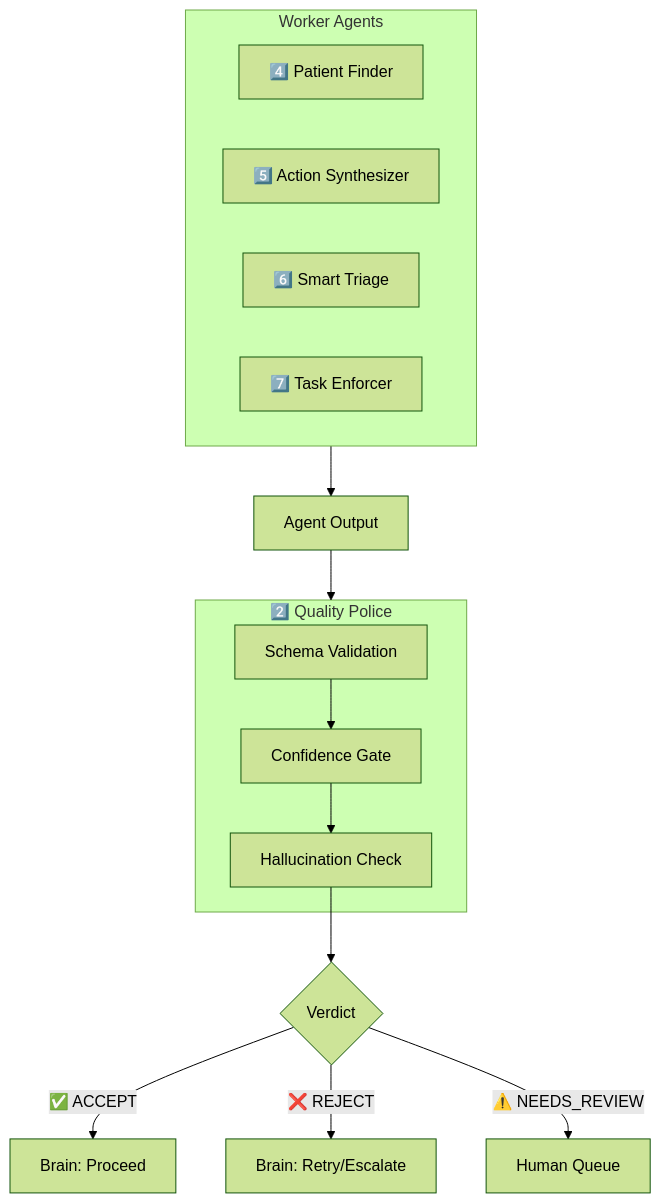
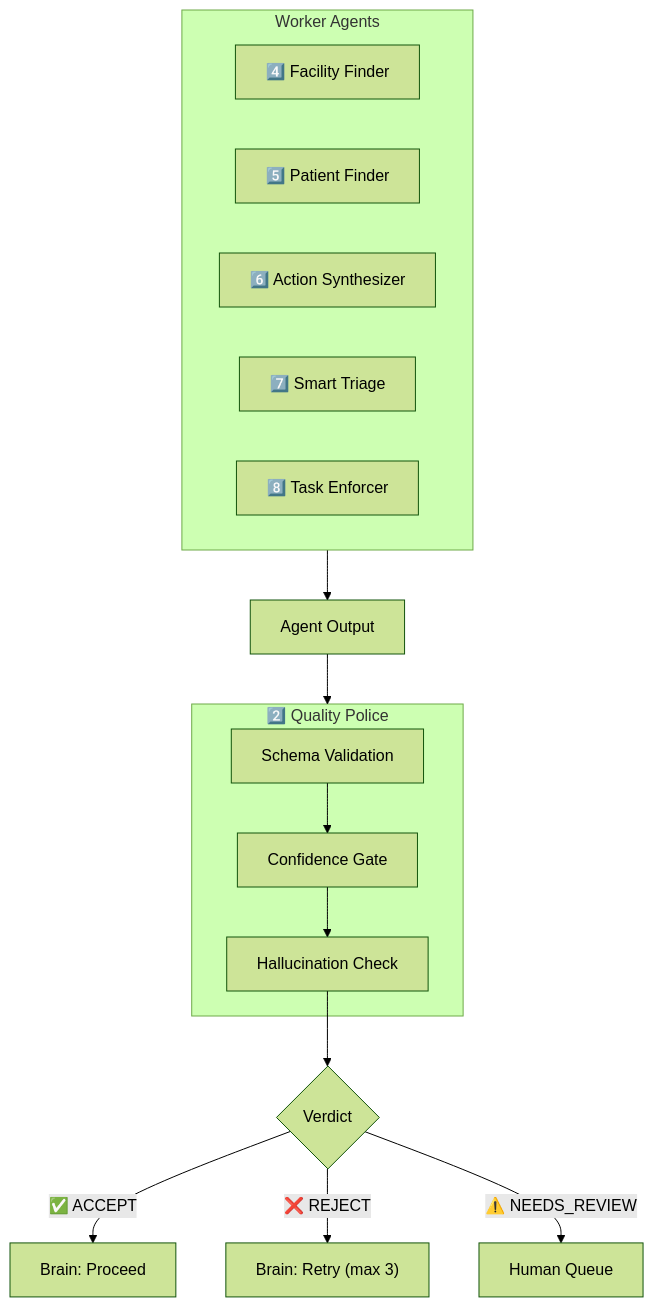
The fifth of 16 diagrams in all.md (mohabnazmy/test), drawn with Mermaid (forest theme) before and after one commit. The commit also changed other lines of this file, not shown here.

````diff
--- a/all.md
+++ b/all.md
@@ -267,25 +337,26 @@
 ```mermaid
 flowchart TB
     subgraph Workers["Worker Agents"]
-        PatientFinder["4️⃣ Patient Finder"]
-        ActionSynth["5️⃣ Action Synthesizer"]
-        SmartTriage["6️⃣ Smart Triage"]
-        TaskEnforcer["7️⃣ Task Enforcer"]
+        FacilityFinder["4️⃣ Facility Finder"]
+        PatientFinder["5️⃣ Patient Finder"]
+        ActionSynth["6️⃣ Action Synthesizer"]
+        SmartTriage["7️⃣ Smart Triage"]
+        TaskEnforcer["8️⃣ Task Enforcer"]
     end
     
     Workers --> Output["Agent Output"]
     Output --> QP
     
     subgraph QP["2️⃣ Quality Police"]
         Gate1["Schema Validation"]
         Gate2["Confidence Gate"]
         Gate3["Hallucination Check"]
         Gate1 --> Gate2 --> Gate3
     end
     
     Gate3 --> Verdict{"Verdict"}
     
     Verdict -->|"✅ ACCEPT"| Proceed["Brain: Proceed"]
-    Verdict -->|"❌ REJECT"| Retry["Brain: Retry/Escalate"]
+    Verdict -->|"❌ REJECT"| Retry["Brain: Retry (max 3)"]
     Verdict -->|"⚠️ NEEDS_REVIEW"| Human["Human Queue"]
 ```
````
